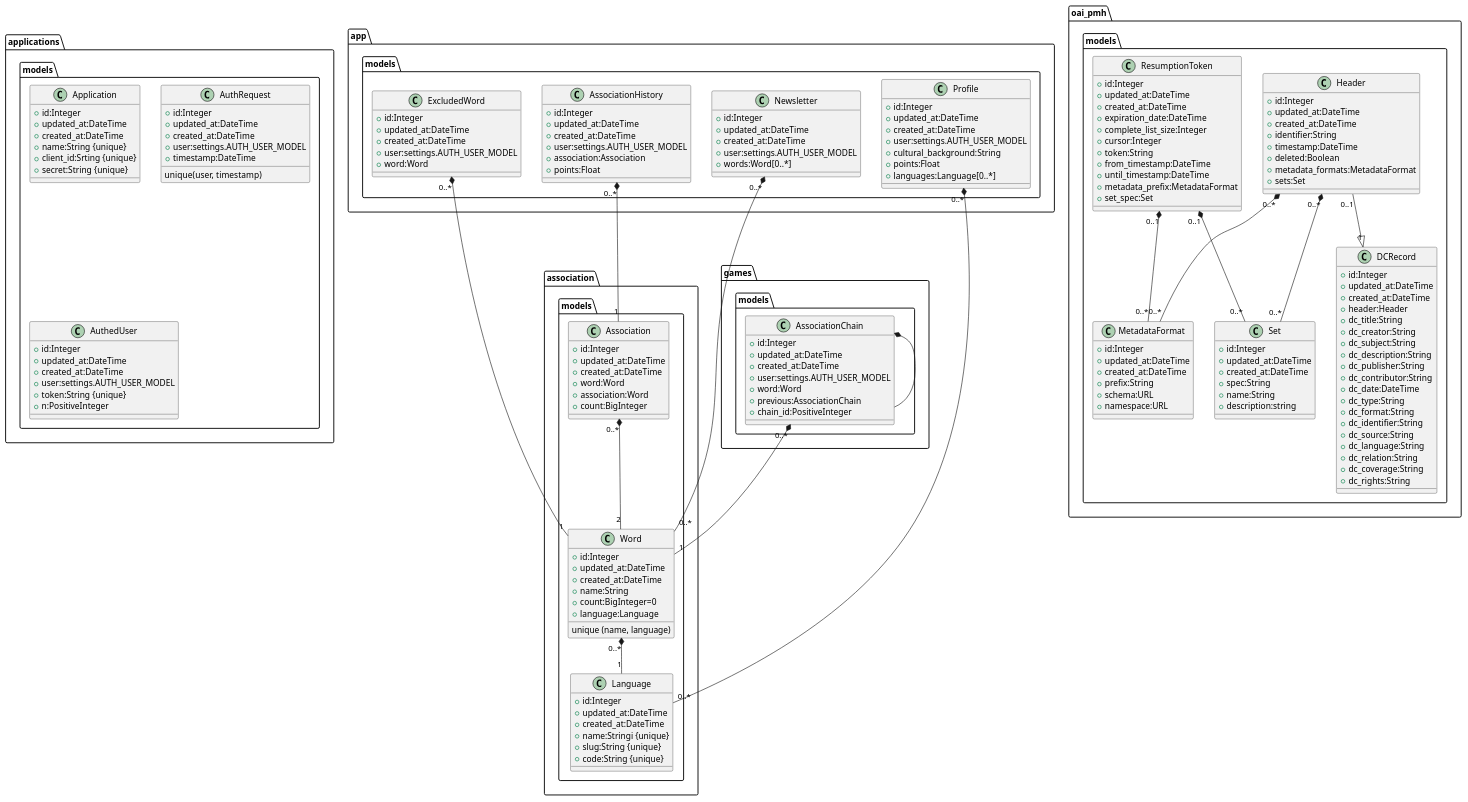
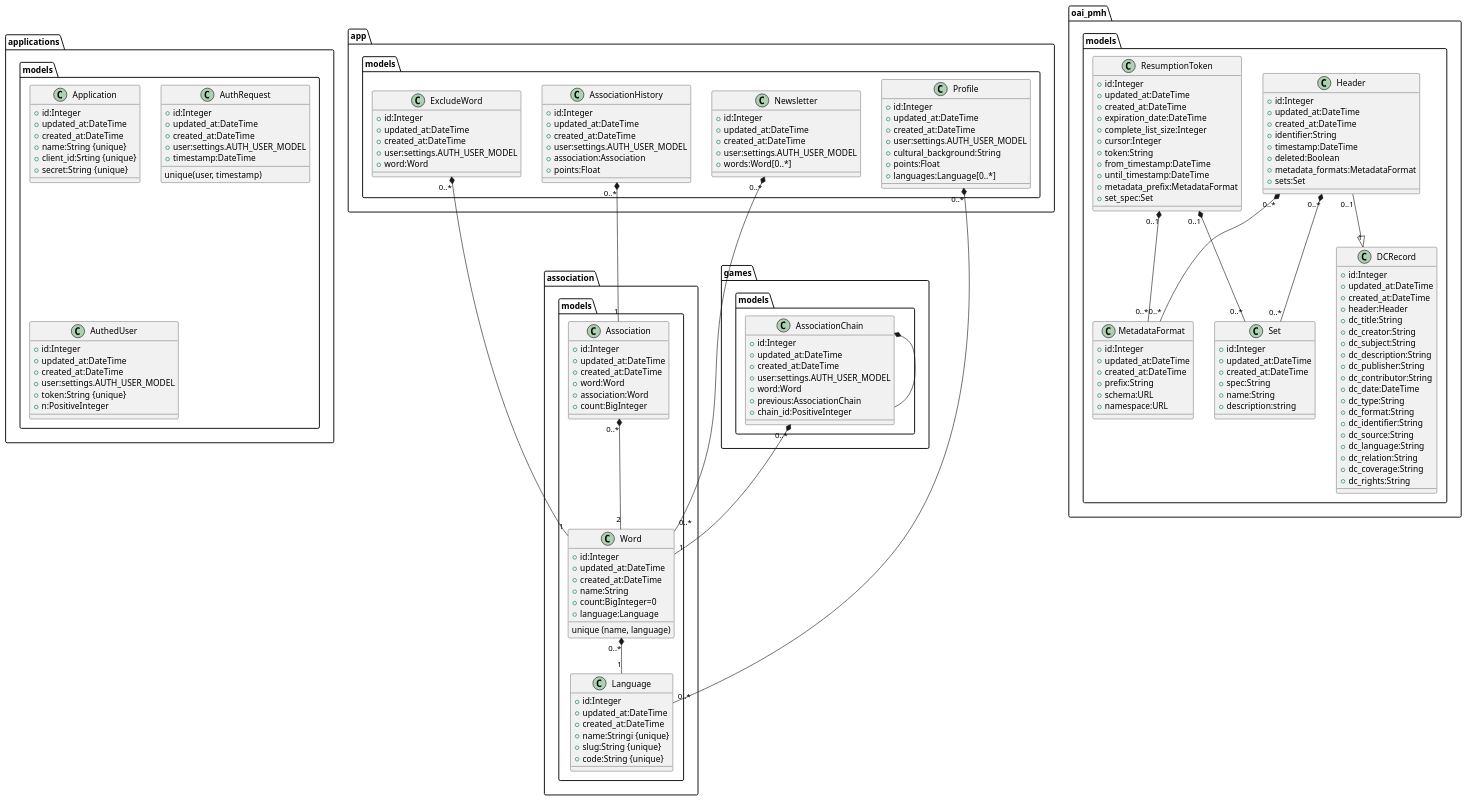
Before and after one commit to Tima-Is-My-Association/docs: the diagram in UML/tima.puml, drawn with PlantUML. The commit also changed 4 other files, not shown here.

```diff
--- a/UML/tima.puml
+++ b/UML/tima.puml
@@ -1,186 +1,186 @@
 @startuml
 skinparam backgroundcolor transparent
 
 class association.models.Language {
     +id:Integer
     +updated_at:DateTime
     +created_at:DateTime
     +name:Stringi {unique}
     +slug:String {unique}
     +code:String {unique}
 }
 
 class association.models.Word {
     +id:Integer
     +updated_at:DateTime
     +created_at:DateTime
     +name:String
     +count:BigInteger=0
     +language:Language
     unique (name, language)
 }
 
 class association.models.Association {
     +id:Integer
     +updated_at:DateTime
     +created_at:DateTime
     +word:Word
     +association:Word
     +count:BigInteger
 }
 
 class app.models.Profile {
     +id:Integer
     +updated_at:DateTime
     +created_at:DateTime
     +user:settings.AUTH_USER_MODEL
     +cultural_background:String
     +points:Float
     +languages:Language[0..*]
 }
 
-class app.models.ExcludedWord {
+class app.models.ExcludeWord {
     +id:Integer
     +updated_at:DateTime
     +created_at:DateTime
     +user:settings.AUTH_USER_MODEL
     +word:Word
 }
 
 class app.models.AssociationHistory {
     +id:Integer
     +updated_at:DateTime
     +created_at:DateTime
     +user:settings.AUTH_USER_MODEL
     +association:Association
     +points:Float
 }
 
 class app.models.Newsletter {
     +id:Integer
     +updated_at:DateTime
     +created_at:DateTime
     +user:settings.AUTH_USER_MODEL
     +words:Word[0..*]
 }
 
 class games.models.AssociationChain {
     +id:Integer
     +updated_at:DateTime
     +created_at:DateTime
     +user:settings.AUTH_USER_MODEL
     +word:Word
     +previous:AssociationChain
     +chain_id:PositiveInteger
 }
 
 class oai_pmh.models.MetadataFormat {
     +id:Integer
     +updated_at:DateTime
     +created_at:DateTime
     +prefix:String
     +schema:URL
     +namespace:URL
 }
 
 class oai_pmh.models.Set {
     +id:Integer
     +updated_at:DateTime
     +created_at:DateTime
     +spec:String
     +name:String
     +description:string
 }
 
 class oai_pmh.models.Header {
     +id:Integer
     +updated_at:DateTime
     +created_at:DateTime
     +identifier:String
     +timestamp:DateTime
     +deleted:Boolean
     +metadata_formats:MetadataFormat
     +sets:Set
 }
 
 class oai_pmh.models.ResumptionToken {
     +id:Integer
     +updated_at:DateTime
     +created_at:DateTime
     +expiration_date:DateTime
     +complete_list_size:Integer
     +cursor:Integer
     +token:String
     +from_timestamp:DateTime
     +until_timestamp:DateTime
     +metadata_prefix:MetadataFormat
     +set_spec:Set
 }
 
 class oai_pmh.models.DCRecord {
     +id:Integer
     +updated_at:DateTime
     +created_at:DateTime
     +header:Header
     +dc_title:String
     +dc_creator:String
     +dc_subject:String
     +dc_description:String
     +dc_publisher:String
     +dc_contributor:String
     +dc_date:DateTime
     +dc_type:String
     +dc_format:String
     +dc_identifier:String
     +dc_source:String
     +dc_language:String
     +dc_relation:String
     +dc_coverage:String
     +dc_rights:String
 }
 
 class applications.models.Application {
     +id:Integer
     +updated_at:DateTime
     +created_at:DateTime
     +name:String {unique}
     +client_id:Srting {unique}
     +secret:String {unique}
 }
 
 class applications.models.AuthRequest {
     +id:Integer
     +updated_at:DateTime
     +created_at:DateTime
     +user:settings.AUTH_USER_MODEL
     +timestamp:DateTime
     unique(user, timestamp)
 }
 
 class applications.models.AuthedUser {
     +id:Integer
     +updated_at:DateTime
     +created_at:DateTime
     +user:settings.AUTH_USER_MODEL
     +token:String {unique}
     +n:PositiveInteger
 }
 
 app.models.AssociationHistory "0..*" *-- "1" association.models.Association
-app.models.ExcludedWord "0..*" *-- "1" association.models.Word
+app.models.ExcludeWord "0..*" *-- "1" association.models.Word
 app.models.Profile "0..*" *-- "0..*" association.models.Language
 app.models.Newsletter "0..*" *-- "0..*" association.models.Word
 
 association.models.Association "0..*" *-- "2" association.models.Word
 association.models.Word "0..*" *-- "1" association.models.Language
 
 games.models.AssociationChain "0..*" *-- "1" association.models.Word
 games.models.AssociationChain *-- games.models.AssociationChain
 
 oai_pmh.models.Header "0..*" *-- "0..*" oai_pmh.models.MetadataFormat
 oai_pmh.models.Header "0..*" *-- "0..*" oai_pmh.models.Set
 oai_pmh.models.ResumptionToken "0..1" *-- "0..*" oai_pmh.models.MetadataFormat
 oai_pmh.models.ResumptionToken "0..1" *-- "0..*" oai_pmh.models.Set
 oai_pmh.models.Header "0..1" --|> "1" oai_pmh.models.DCRecord
 
 @enduml
```
